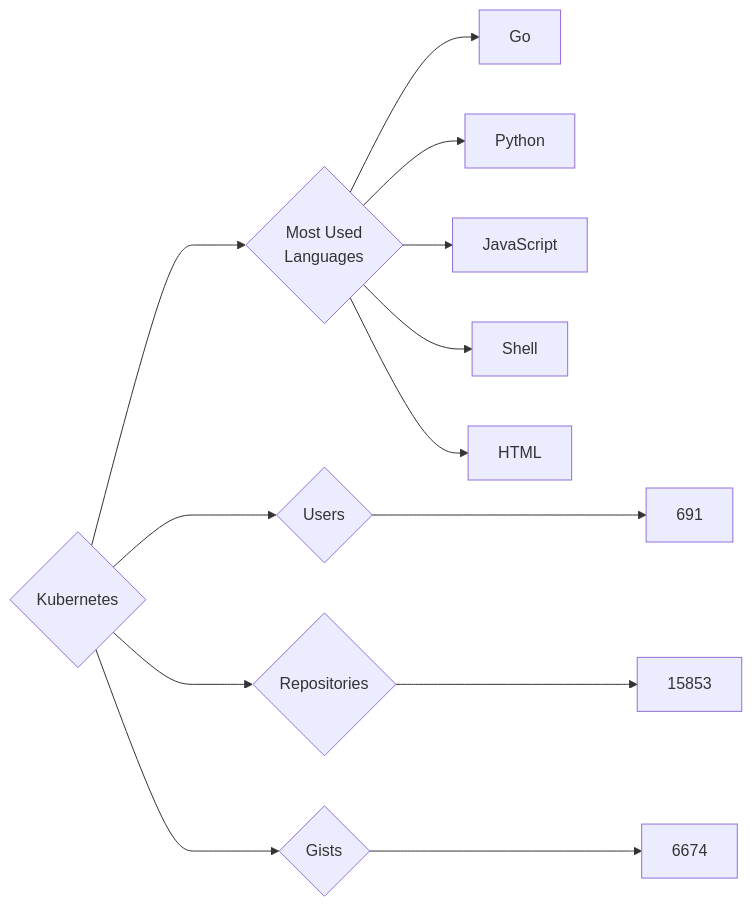
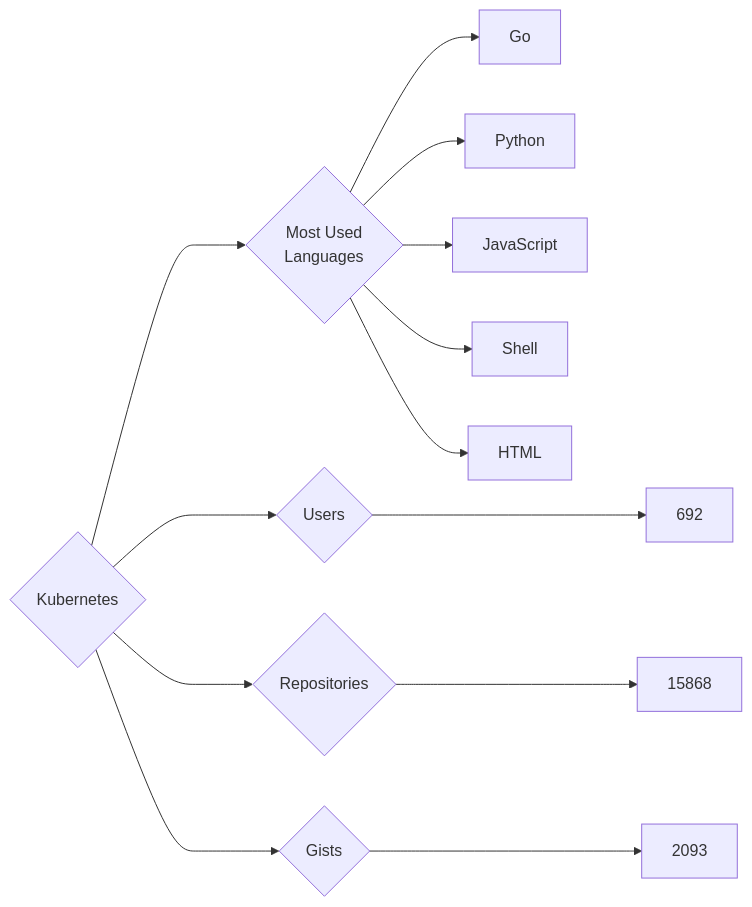
One commit to trickest/insiders changed the diagram in targets/Kubernetes/README.md. Above: the diagram before and after it, drawn with Mermaid. The commit also changed 786 other files, not shown here.

````diff
--- a/targets/Kubernetes/README.md
+++ b/targets/Kubernetes/README.md
@@ -3,13 +3,13 @@
 ```mermaid
 graph LR
 COMPANY_NAME{Kubernetes}
-COMPANY_NAME ---> U{Users} ---> UN[691]
-COMPANY_NAME ---> R{Repositories} ---> RN[15853]
-COMPANY_NAME ---> G{Gists} ---> GN[6674]
+COMPANY_NAME ---> U{Users} ---> UN[692]
+COMPANY_NAME ---> R{Repositories} ---> RN[15868]
+COMPANY_NAME ---> G{Gists} ---> GN[2093]
 COMPANY_NAME ---> ML{Most Used<br>Languages}
 ML --> Go[Go]
 ML --> Python[Python]
 ML --> JavaScript[JavaScript]
 ML --> Shell[Shell]
 ML --> HTML[HTML]
 ```
````
